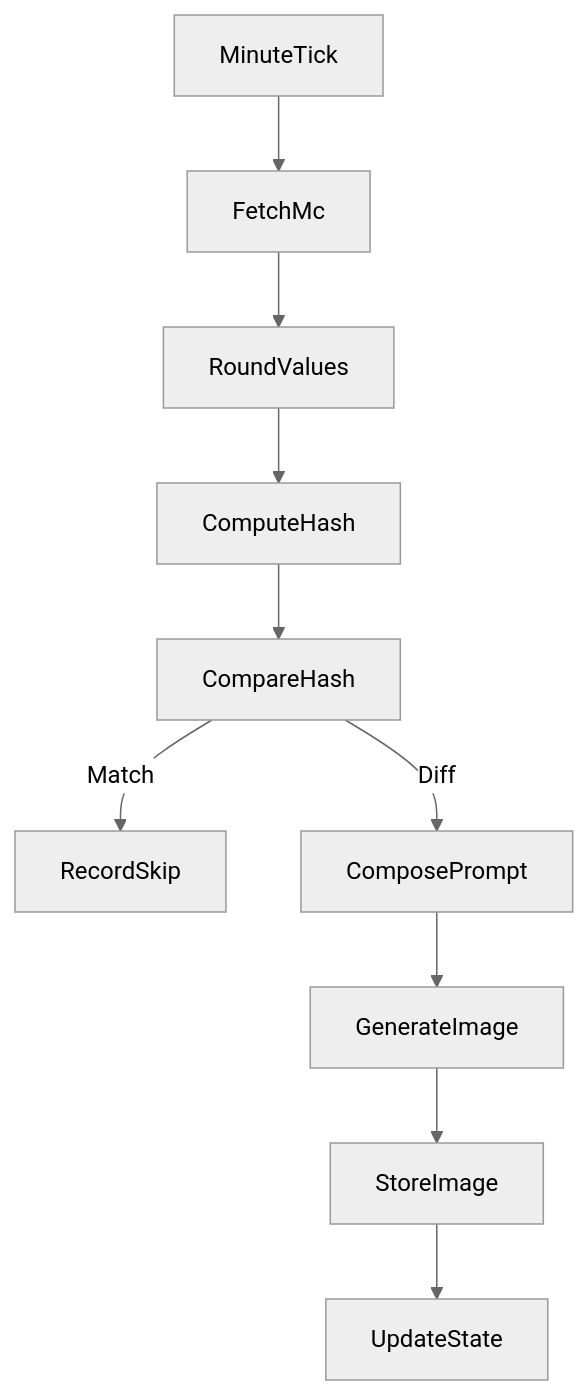
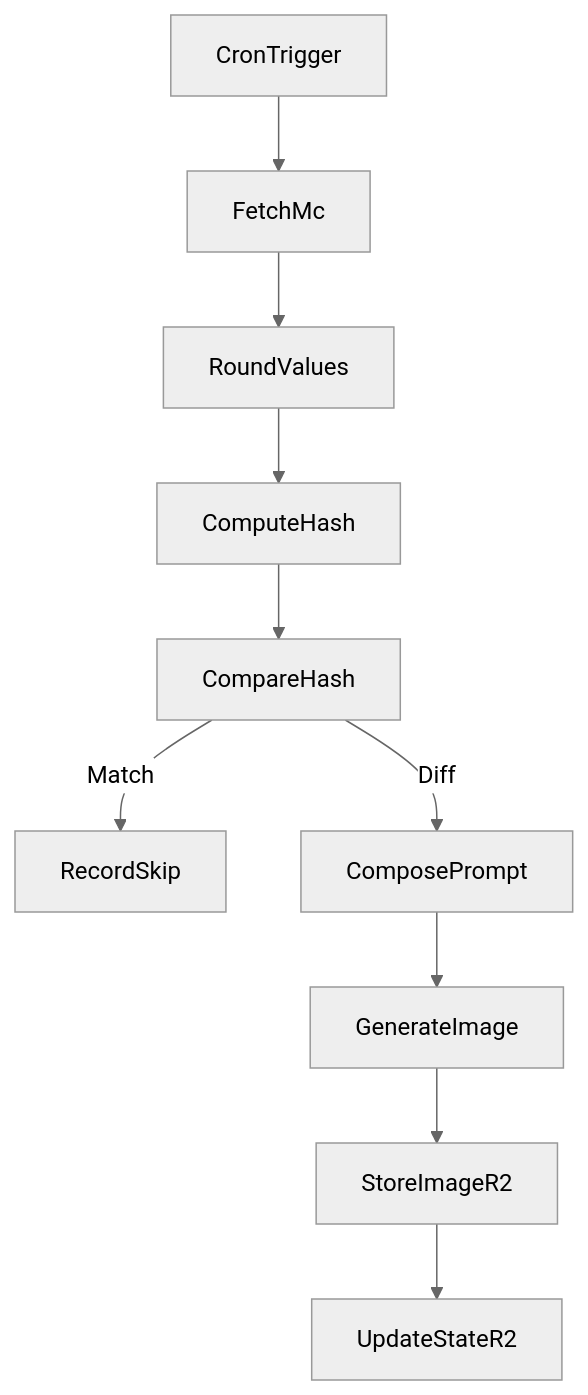
The second of 6 diagrams in .kiro/specs/doom-index/design.md (doom-protocol/doom-index), drawn with Mermaid (neutral theme) before and after one commit. The commit also changed other lines of this file and 25 other files, not shown here.

````diff
--- a/.kiro/specs/doom-index/design.md
+++ b/.kiro/specs/doom-index/design.md
@@ -101,12 +121,12 @@
 ```mermaid
 graph TB
-MinuteTick --> FetchMc
+CronTrigger --> FetchMc
 FetchMc --> RoundValues
 RoundValues --> ComputeHash
 ComputeHash --> CompareHash
 CompareHash -->|Match| RecordSkip
 CompareHash -->|Diff| ComposePrompt
 ComposePrompt --> GenerateImage
-GenerateImage --> StoreImage
-StoreImage --> UpdateState
+GenerateImage --> StoreImageR2
+StoreImageR2 --> UpdateStateR2
 ```
````
